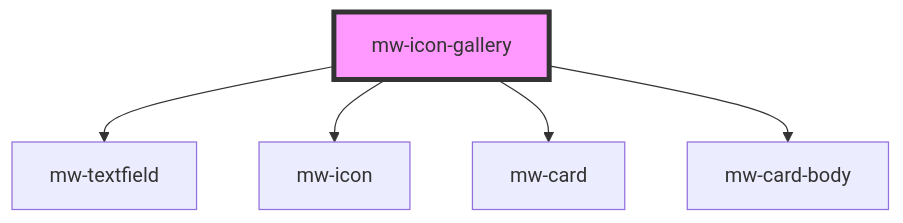
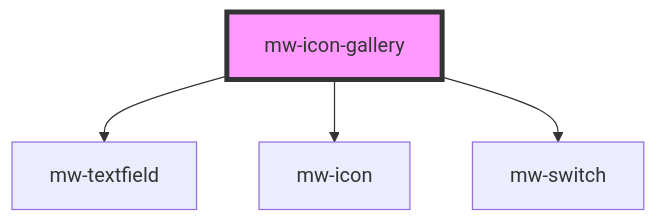
Before and after one commit to MaibornWolff/mwui: the diagram in mwui-stencil/src/components/mw-icon-gallery/readme.md, drawn with Mermaid. The commit also changed other lines of this file and 25 other files, not shown here.

````diff
--- a/mwui-stencil/src/components/mw-icon-gallery/readme.md
+++ b/mwui-stencil/src/components/mw-icon-gallery/readme.md
@@ -18,8 +17,7 @@
 ```mermaid
 graph TD;
   mw-icon-gallery --> mw-textfield
   mw-icon-gallery --> mw-icon
-  mw-icon-gallery --> mw-card
-  mw-icon-gallery --> mw-card-body
+  mw-icon-gallery --> mw-switch
   style mw-icon-gallery fill:#f9f,stroke:#333,stroke-width:4px
 ```
````
